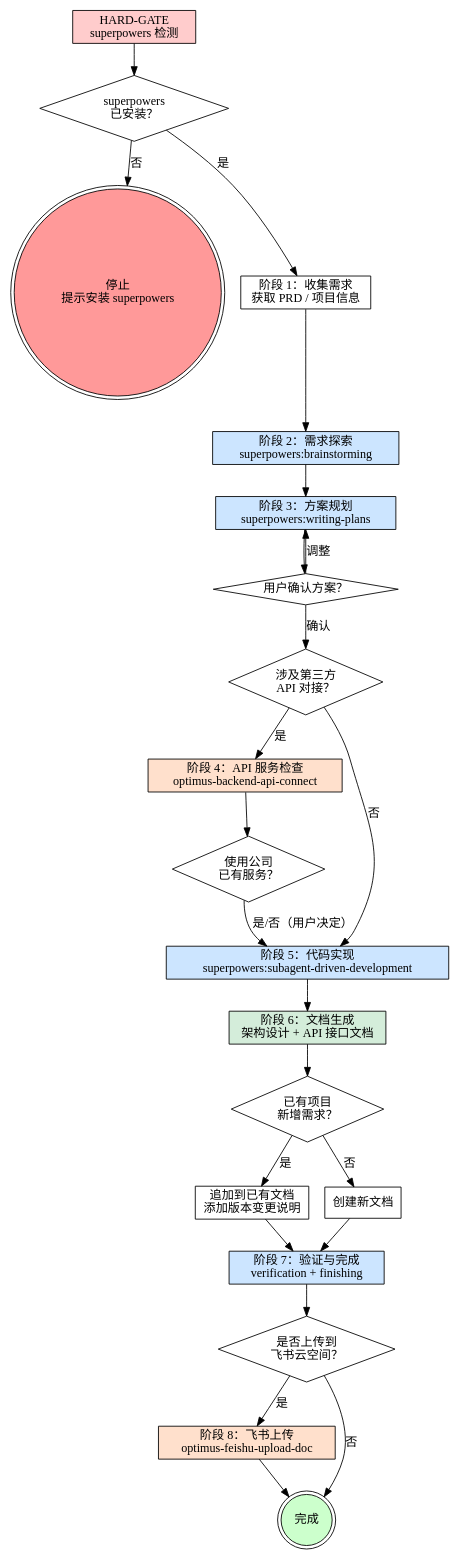
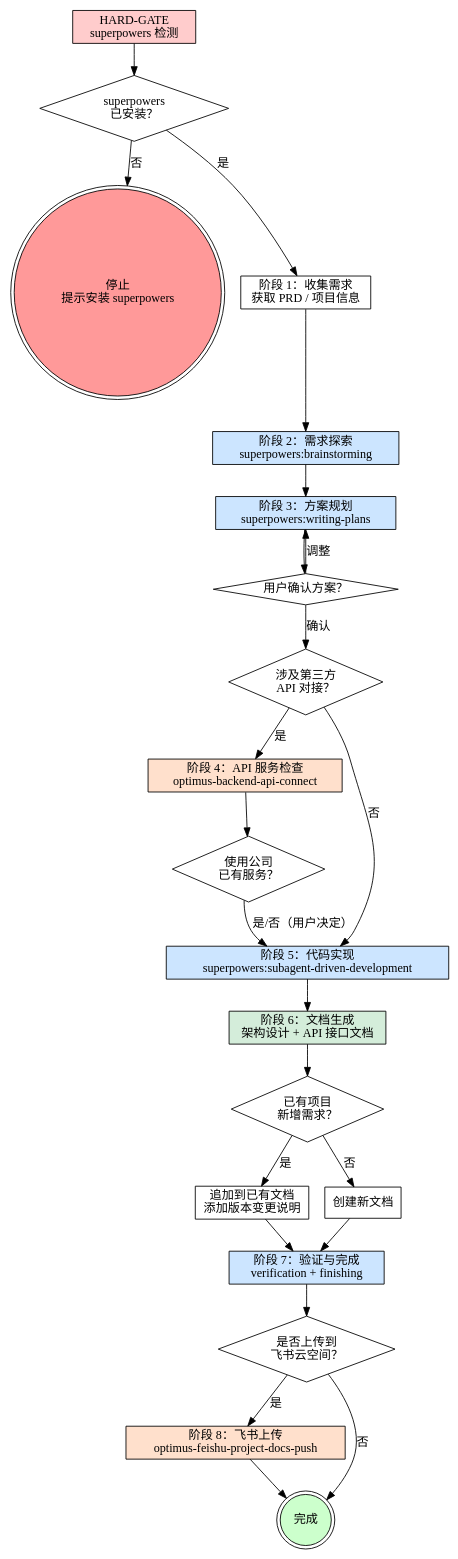
Before and after one commit to Glepooek/optimus-plugins-official: the diagram in plugins/optimus-backend-plugin/skills/optimus-backend-dev/SKILL.md, drawn with Graphviz. The commit also changed other lines of this file and 15 other files, not shown here.

````diff
--- a/plugins/optimus-backend-plugin/skills/optimus-backend-dev/SKILL.md
+++ b/plugins/optimus-backend-plugin/skills/optimus-backend-dev/SKILL.md
@@ -62,52 +62,52 @@
 ```dot
 digraph backend_workflow {
     rankdir=TB;
 
     gate [label="HARD-GATE\nsuperpowers 检测", shape=box, style=filled, fillcolor="#ffcccc"];
     gate_check [label="superpowers\n已安装？", shape=diamond];
     stop [label="停止\n提示安装 superpowers", shape=doublecircle, style=filled, fillcolor="#ff9999"];
 
     collect [label="阶段 1：收集需求\n获取 PRD / 项目信息", shape=box];
     brainstorm [label="阶段 2：需求探索\nsuperpowers:brainstorming", shape=box, style=filled, fillcolor="#cce5ff"];
     plan [label="阶段 3：方案规划\nsuperpowers:writing-plans", shape=box, style=filled, fillcolor="#cce5ff"];
     user_confirm [label="用户确认方案？", shape=diamond];
 
     api_check [label="涉及第三方\nAPI 对接？", shape=diamond];
     api_connect [label="阶段 4：API 服务检查\noptimus-backend-api-connect", shape=box, style=filled, fillcolor="#ffe0cc"];
     use_company [label="使用公司\n已有服务？", shape=diamond];
 
     implement [label="阶段 5：代码实现\nsuperpowers:subagent-driven-development", shape=box, style=filled, fillcolor="#cce5ff"];
     docs [label="阶段 6：文档生成\n架构设计 + API 接口文档", shape=box, style=filled, fillcolor="#d4edda"];
     existing_check [label="已有项目\n新增需求？", shape=diamond];
     append_docs [label="追加到已有文档\n添加版本变更说明", shape=box];
     new_docs [label="创建新文档", shape=box];
 
     verify [label="阶段 7：验证与完成\nverification + finishing", shape=box, style=filled, fillcolor="#cce5ff"];
     feishu_ask [label="是否上传到\n飞书云空间？", shape=diamond];
-    feishu_upload [label="阶段 8：飞书上传\noptimus-feishu-upload-doc", shape=box, style=filled, fillcolor="#ffe0cc"];
+    feishu_upload [label="阶段 8：飞书上传\noptimus-feishu-project-docs-push", shape=box, style=filled, fillcolor="#ffe0cc"];
     done [label="完成", shape=doublecircle, style=filled, fillcolor="#ccffcc"];
 
     gate -> gate_check;
     gate_check -> stop [label="否"];
     gate_check -> collect [label="是"];
     collect -> brainstorm;
     brainstorm -> plan;
     plan -> user_confirm;
     user_confirm -> plan [label="调整"];
     user_confirm -> api_check [label="确认"];
     api_check -> api_connect [label="是"];
     api_check -> implement [label="否"];
     api_connect -> use_company;
     use_company -> implement [label="是/否（用户决定）"];
     implement -> docs;
     docs -> existing_check;
     existing_check -> append_docs [label="是"];
     existing_check -> new_docs [label="否"];
     append_docs -> verify;
     new_docs -> verify;
     verify -> feishu_ask;
     feishu_ask -> feishu_upload [label="是"];
     feishu_ask -> done [label="否"];
     feishu_upload -> done;
 }
 ```
````
